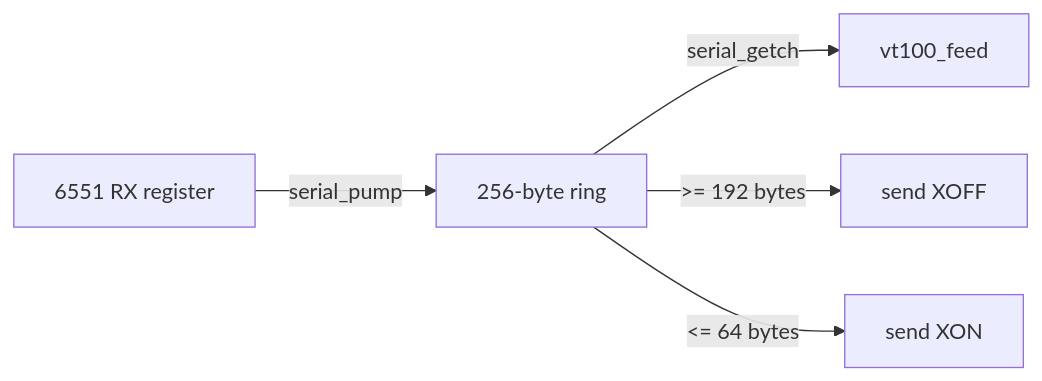
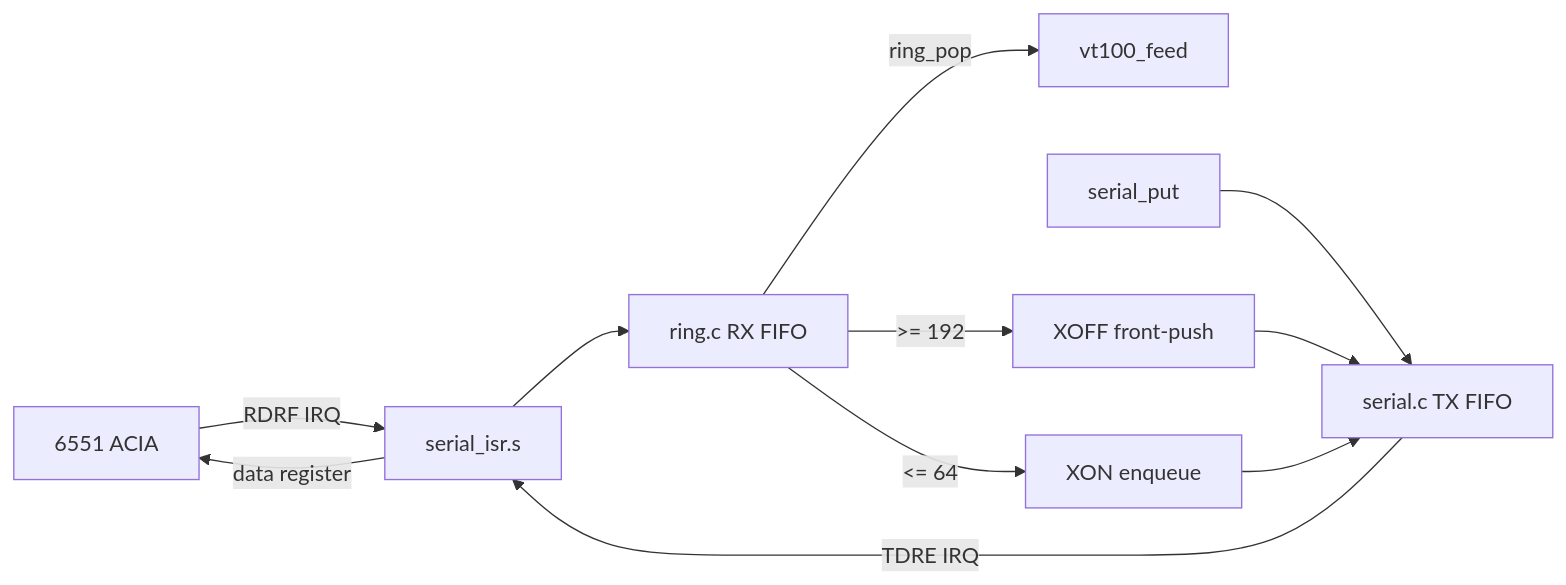
Before and after one commit to tomdriley/apple2e-projects: the diagram in vt100-term-c/docs/SERIAL.md, drawn with Mermaid. The commit also changed other lines of this file and 32 other files, not shown here.

````diff
--- a/vt100-term-c/docs/SERIAL.md
+++ b/vt100-term-c/docs/SERIAL.md
@@ -52,7 +49,13 @@
 ```mermaid
 flowchart LR
-    ACIA[6551 RX register] -->|serial_pump| RING[256-byte ring]
-    RING -->|serial_getch| PARSER[vt100_feed]
-    RING -->|>= 192 bytes| XOFF[send XOFF]
-    RING -->|<= 64 bytes| XON[send XON]
+    ACIA[6551 ACIA] -->|RDRF IRQ| ISR[serial_isr.s]
+    ISR --> RX[ring.c RX FIFO]
+    RX -->|ring_pop| PARSER[vt100_feed]
+    APP[serial_put] --> TX[serial.c TX FIFO]
+    TX -->|TDRE IRQ| ISR
+    ISR -->|data register| ACIA
+    RX -->|>= 192| OFF[XOFF front-push]
+    RX -->|<= 64| ON[XON enqueue]
+    OFF --> TX
+    ON --> TX
 ```
````
